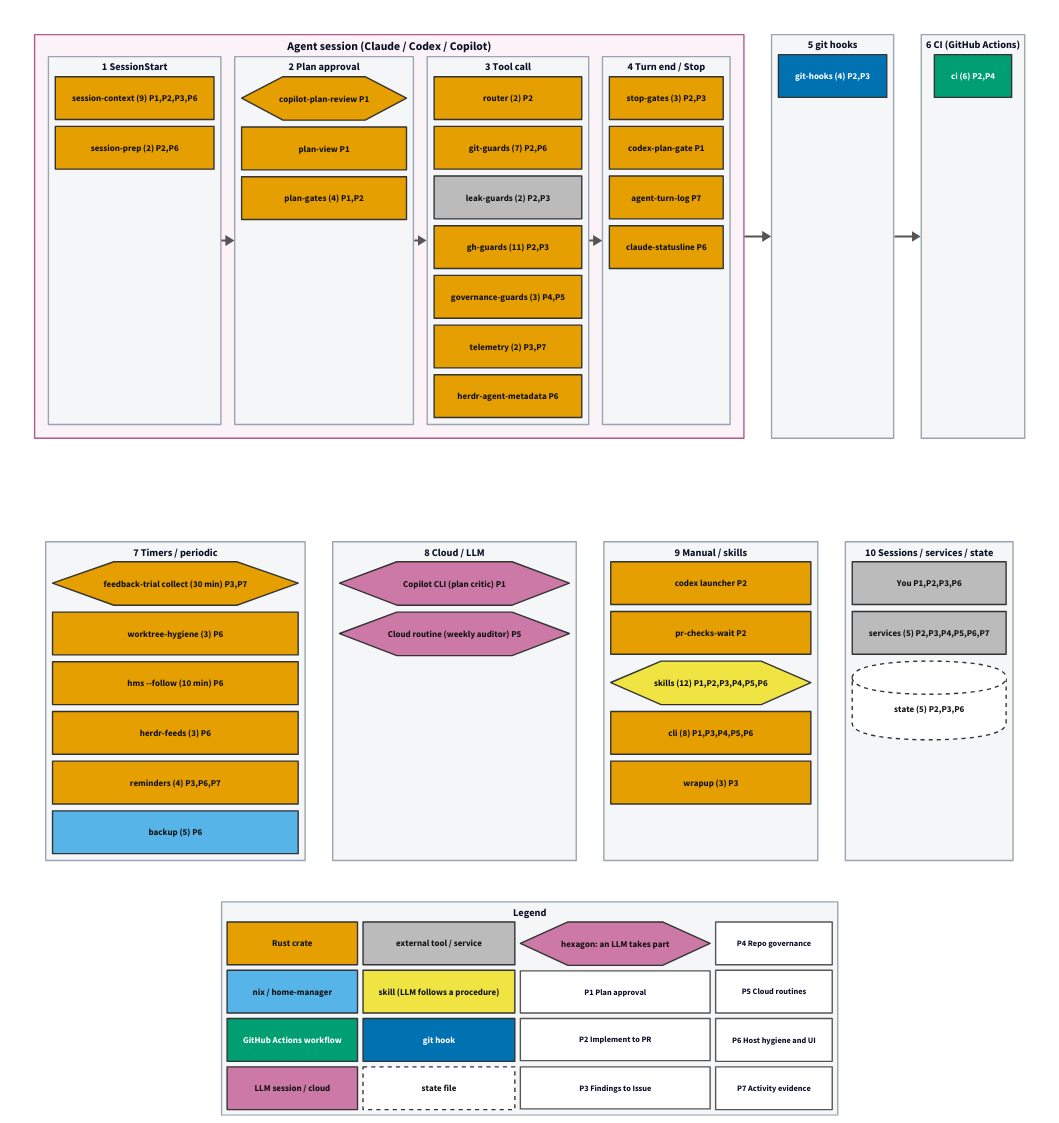
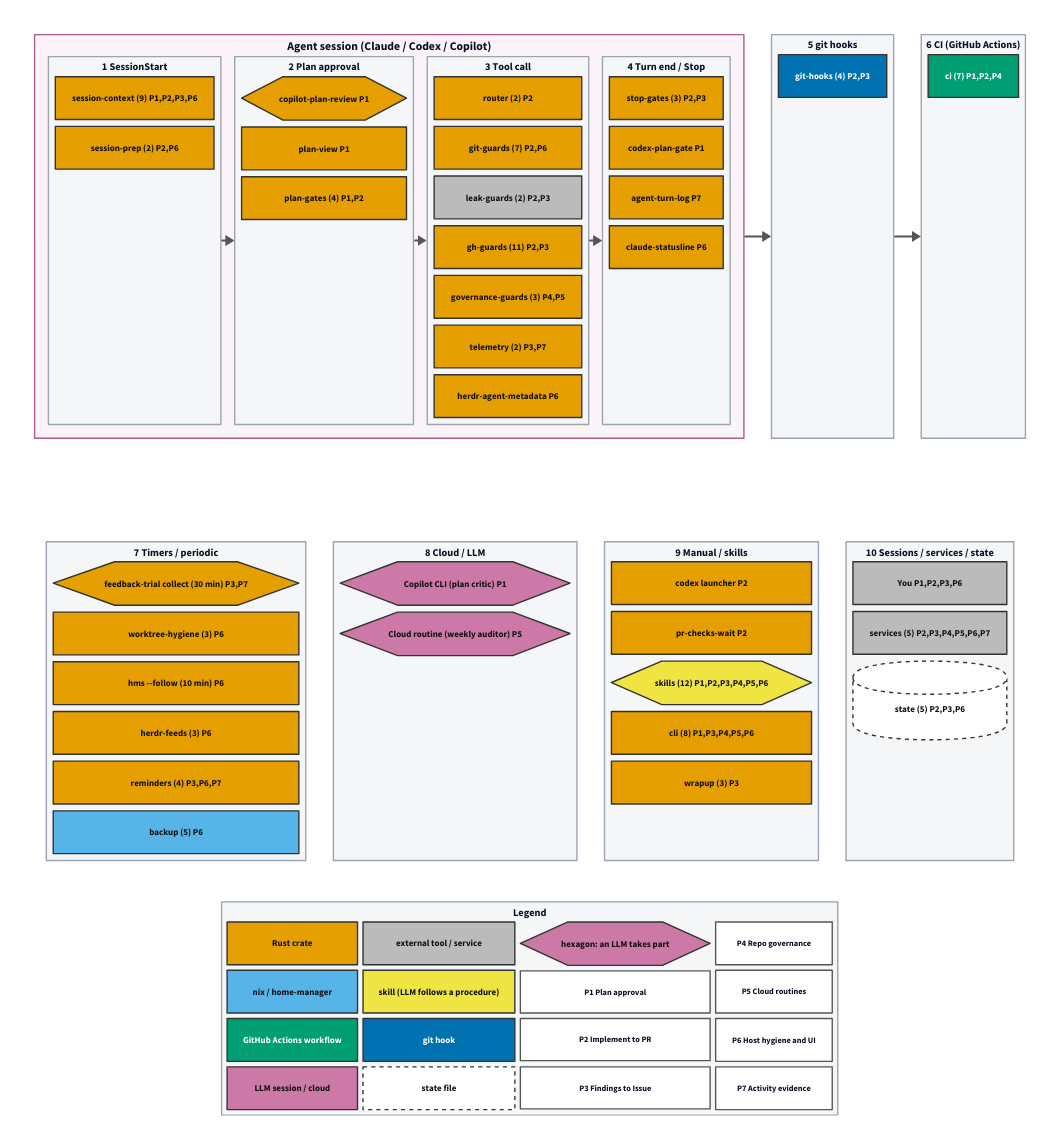
The diagram in docs/assets/pipeline-map/overview.d2 (tarotene/dotfiles), drawn with D2 before and after one commit. The commit also changed 8 other files, not shown here.

```diff
--- a/docs/assets/pipeline-map/overview.d2
+++ b/docs/assets/pipeline-map/overview.d2
@@ -256,7 +256,7 @@
     class: lane
     grid-columns: 1
     grid-gap: 10
-    g_ci: "ci (6)  P2,P4" {
+    g_ci: "ci (7)  P1,P2,P4" {
       class: s_yaml
     }
   }
```
